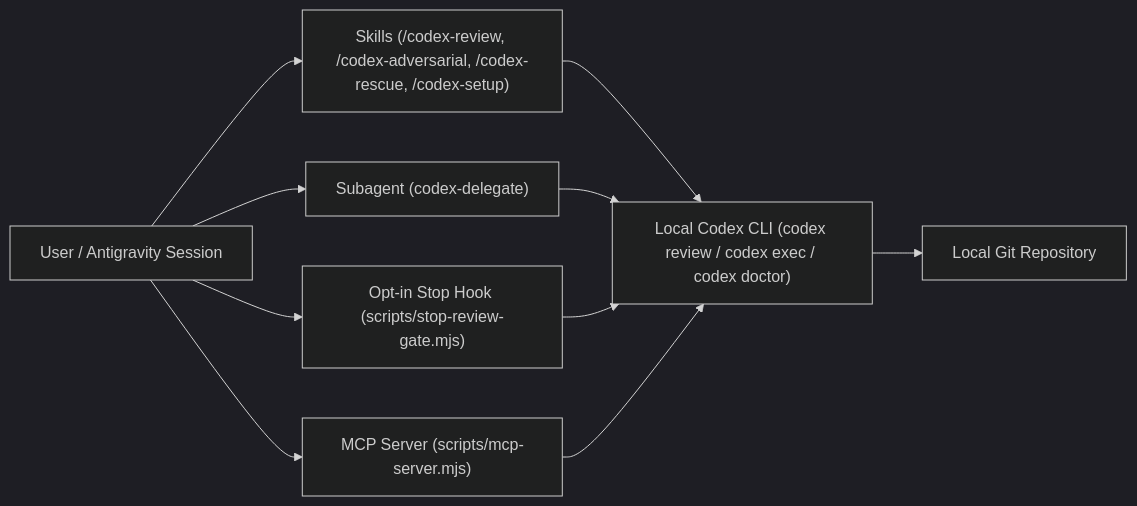
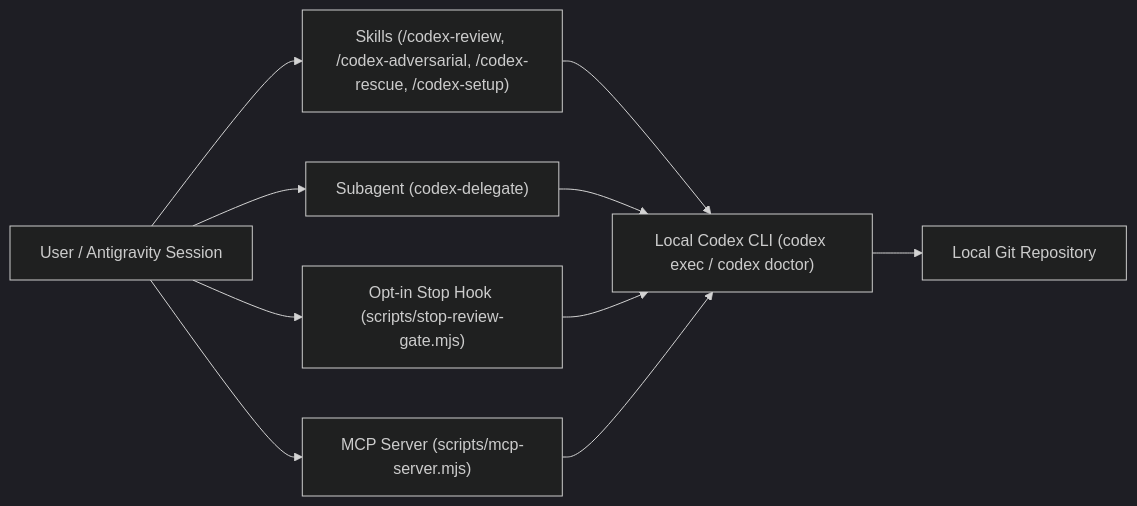
The diagram in README.md (whanyu1212/agy-codex-plugin), drawn with Mermaid (dark theme) before and after one commit. The commit also changed other lines of this file and 12 other files, not shown here.

````diff
--- a/README.md
+++ b/README.md
@@ -15,12 +15,12 @@
 ```mermaid
 flowchart LR
     U["User / Antigravity Session"] --> S["Skills (/codex-review, /codex-adversarial, /codex-rescue, /codex-setup)"]
     U --> A["Subagent (codex-delegate)"]
     U --> H["Opt-in Stop Hook (scripts/stop-review-gate.mjs)"]
     U --> M["MCP Server (scripts/mcp-server.mjs)"]
-    S --> C["Local Codex CLI (codex review / codex exec / codex doctor)"]
+    S --> C["Local Codex CLI (codex exec / codex doctor)"]
     A --> C
     H --> C
     M --> C
     C --> R["Local Git Repository"]
 ```
````
